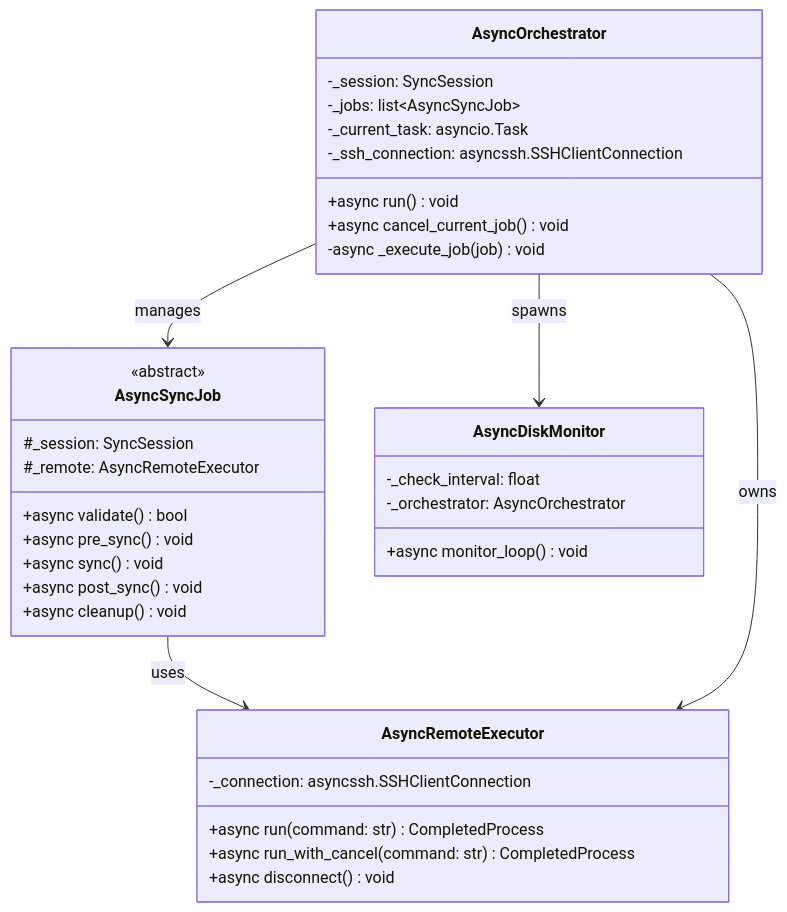
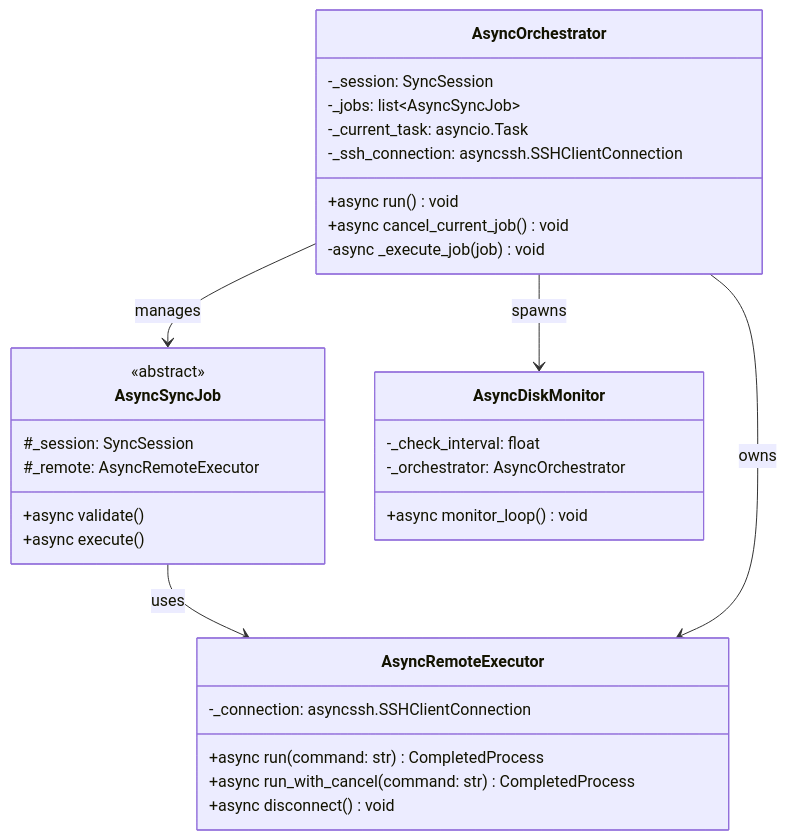
One commit to flaksit/pc-switcher changed the second of 8 diagrams in docs/adr/considerations/async-vs-sync-concurrency-analysis.md. Above: the diagram before and after it, drawn with Mermaid. The commit also changed 2 other files, not shown here.

Commit message:
Spec in line with architectural decisions and more tech agnostic

````diff
--- a/docs/adr/considerations/async-vs-sync-concurrency-analysis.md
+++ b/docs/adr/considerations/async-vs-sync-concurrency-analysis.md
@@ -343,41 +343,38 @@
 ```mermaid
 classDiagram
     class AsyncSyncJob {
         <<abstract>>
         #_session: SyncSession
         #_remote: AsyncRemoteExecutor
-        +async validate() bool
-        +async pre_sync() void
-        +async sync() void
-        +async post_sync() void
-        +async cleanup() void
+        +async validate()
+        +async execute()
     }
 
     class AsyncOrchestrator {
         -_session: SyncSession
         -_jobs: list~AsyncSyncJob~
         -_current_task: asyncio.Task
         -_ssh_connection: asyncssh.SSHClientConnection
         +async run() void
         +async cancel_current_job() void
         -async _execute_job(job) void
     }
 
     class AsyncRemoteExecutor {
         -_connection: asyncssh.SSHClientConnection
         +async run(command: str) CompletedProcess
         +async run_with_cancel(command: str) CompletedProcess
         +async disconnect() void
     }
 
     class AsyncDiskMonitor {
         -_check_interval: float
         -_orchestrator: AsyncOrchestrator
         +async monitor_loop() void
     }
 
     AsyncOrchestrator --> AsyncSyncJob : manages
     AsyncSyncJob --> AsyncRemoteExecutor : uses
     AsyncOrchestrator --> AsyncDiskMonitor : spawns
     AsyncOrchestrator --> AsyncRemoteExecutor : owns
 ```
````
